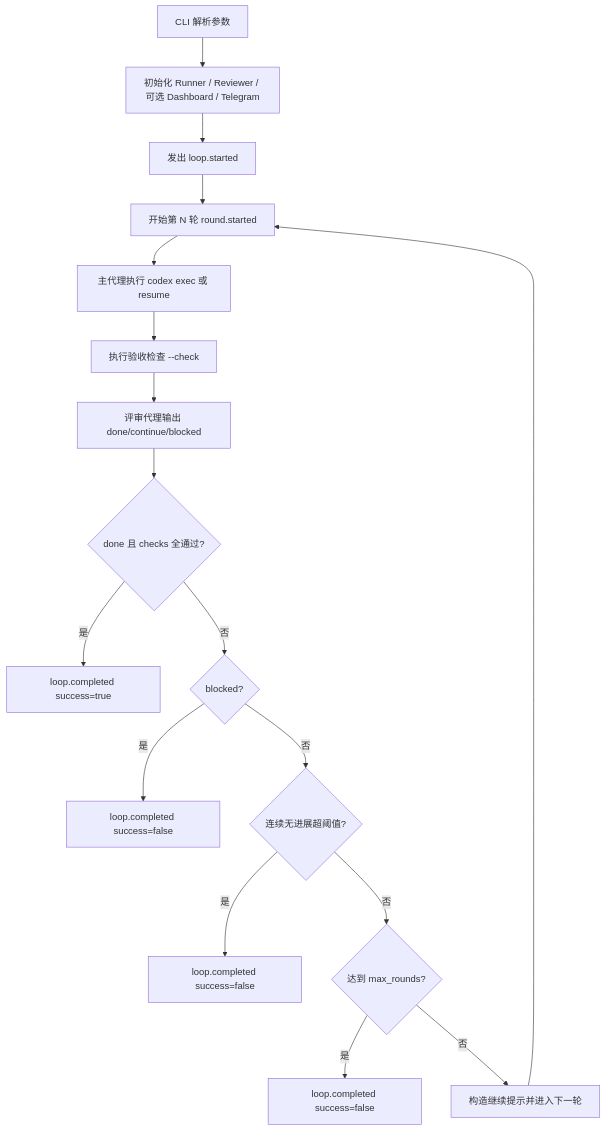
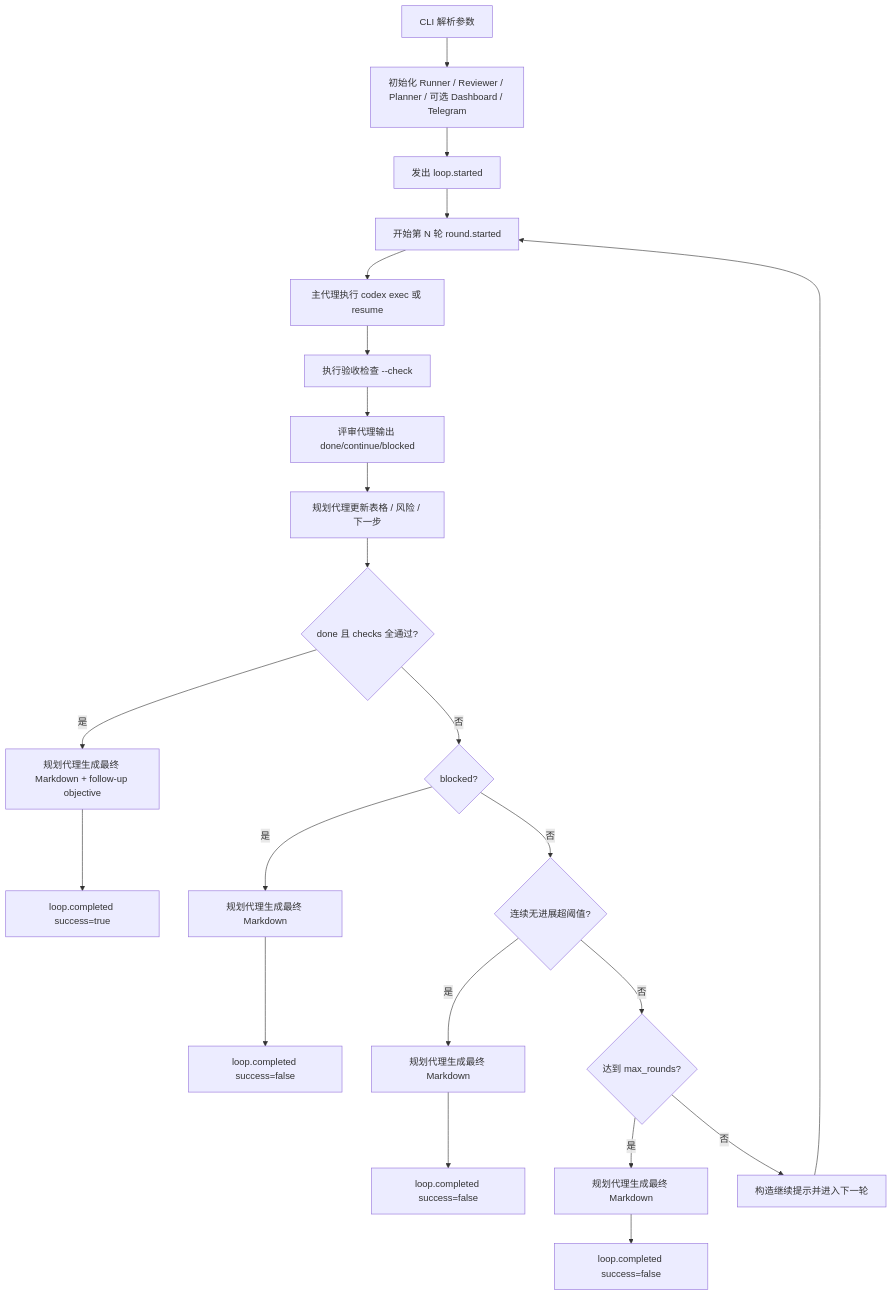
Before and after one commit to waltstephen/codex_loop: the diagram in PIPELINE.md, drawn with Mermaid. The commit also changed other lines of this file and 16 other files, not shown here.

Commit message:
Add planner manager agent flow

````diff
--- a/PIPELINE.md
+++ b/PIPELINE.md
@@ -9,19 +9,24 @@
 ```mermaid
 flowchart TD
-    A[CLI 解析参数] --> B[初始化 Runner / Reviewer / 可选 Dashboard / Telegram]
+    A[CLI 解析参数] --> B[初始化 Runner / Reviewer / Planner / 可选 Dashboard / Telegram]
     B --> C[发出 loop.started]
     C --> D[开始第 N 轮 round.started]
     D --> E[主代理执行 codex exec 或 resume]
     E --> F[执行验收检查 --check]
     F --> G[评审代理输出 done/continue/blocked]
-    G --> H{done 且 checks 全通过?}
-    H -- 是 --> I[loop.completed success=true]
-    H -- 否 --> J{blocked?}
-    J -- 是 --> K[loop.completed success=false]
-    J -- 否 --> L{连续无进展超阈值?}
-    L -- 是 --> M[loop.completed success=false]
-    L -- 否 --> N{达到 max_rounds?}
-    N -- 是 --> O[loop.completed success=false]
-    N -- 否 --> P[构造继续提示并进入下一轮]
-    P --> D
+    G --> H[规划代理更新表格 / 风险 / 下一步]
+    H --> I{done 且 checks 全通过?}
+    I -- 是 --> J[规划代理生成最终 Markdown + follow-up objective]
+    J --> K[loop.completed success=true]
+    I -- 否 --> L{blocked?}
+    L -- 是 --> M[规划代理生成最终 Markdown]
+    M --> N[loop.completed success=false]
+    L -- 否 --> O{连续无进展超阈值?}
+    O -- 是 --> P[规划代理生成最终 Markdown]
+    P --> Q[loop.completed success=false]
+    O -- 否 --> R{达到 max_rounds?}
+    R -- 是 --> S[规划代理生成最终 Markdown]
+    S --> T[loop.completed success=false]
+    R -- 否 --> U[构造继续提示并进入下一轮]
+    U --> D
 ```
````
